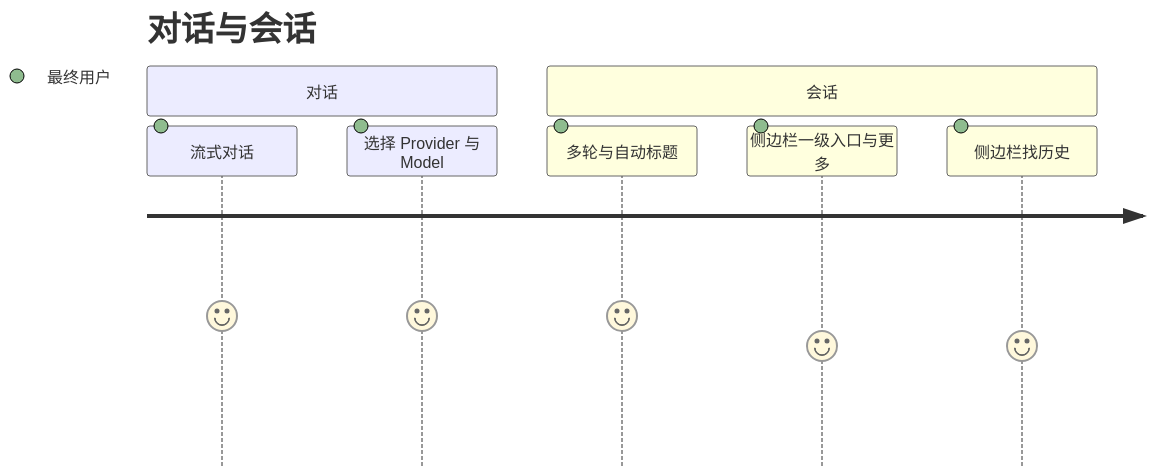
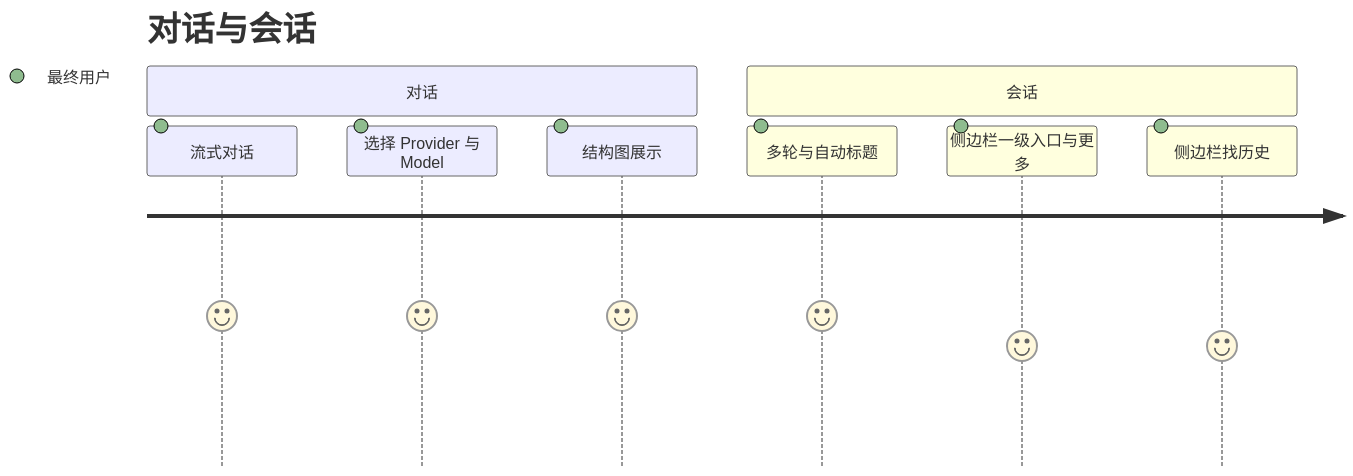
One commit to felixzhu97/explore-ai changed the first of 4 diagrams in docs/product-owner/User-Story-Map.md. Above: the diagram before and after it, drawn with Mermaid. The commit also changed other lines of this file and 27 other files, not shown here.

First line of the commit message:
Render Mermaid structure diagrams in chat (#391)

````diff
--- a/docs/product-owner/User-Story-Map.md
+++ b/docs/product-owner/User-Story-Map.md
@@ -26,11 +26,12 @@
 ```mermaid
 journey
     title 对话与会话
     section 对话
         流式对话: 5: 最终用户
         选择 Provider 与 Model: 5: 最终用户
+        结构图展示: 5: 最终用户
     section 会话
         多轮与自动标题: 5: 最终用户
         侧边栏一级入口与更多: 4: 最终用户
         侧边栏找历史: 4: 最终用户
 ```
````
